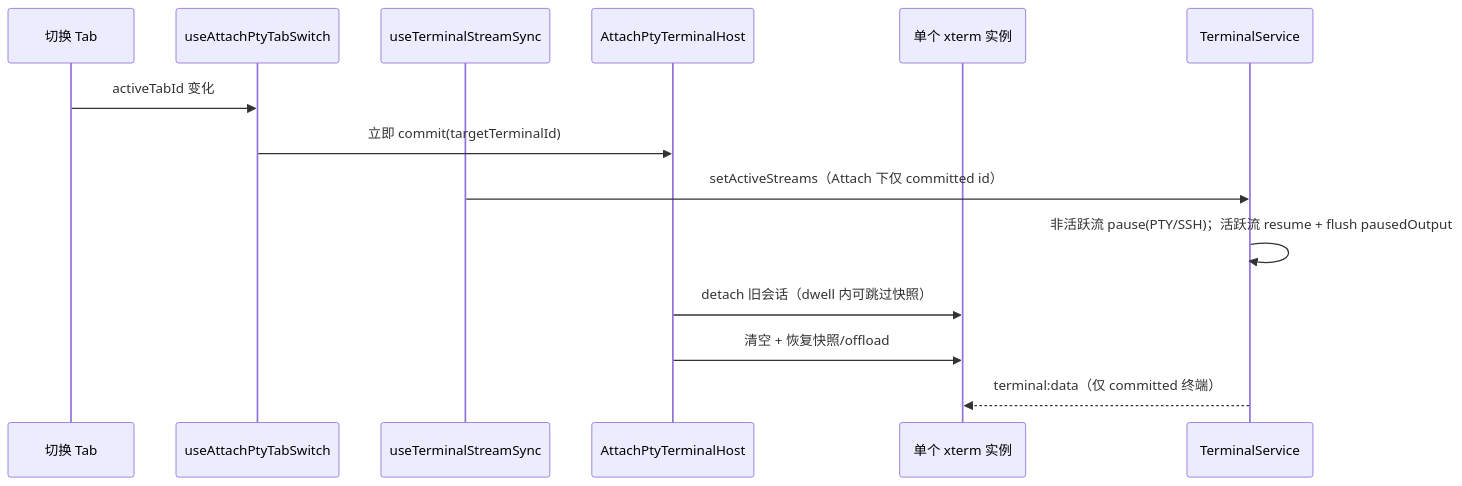
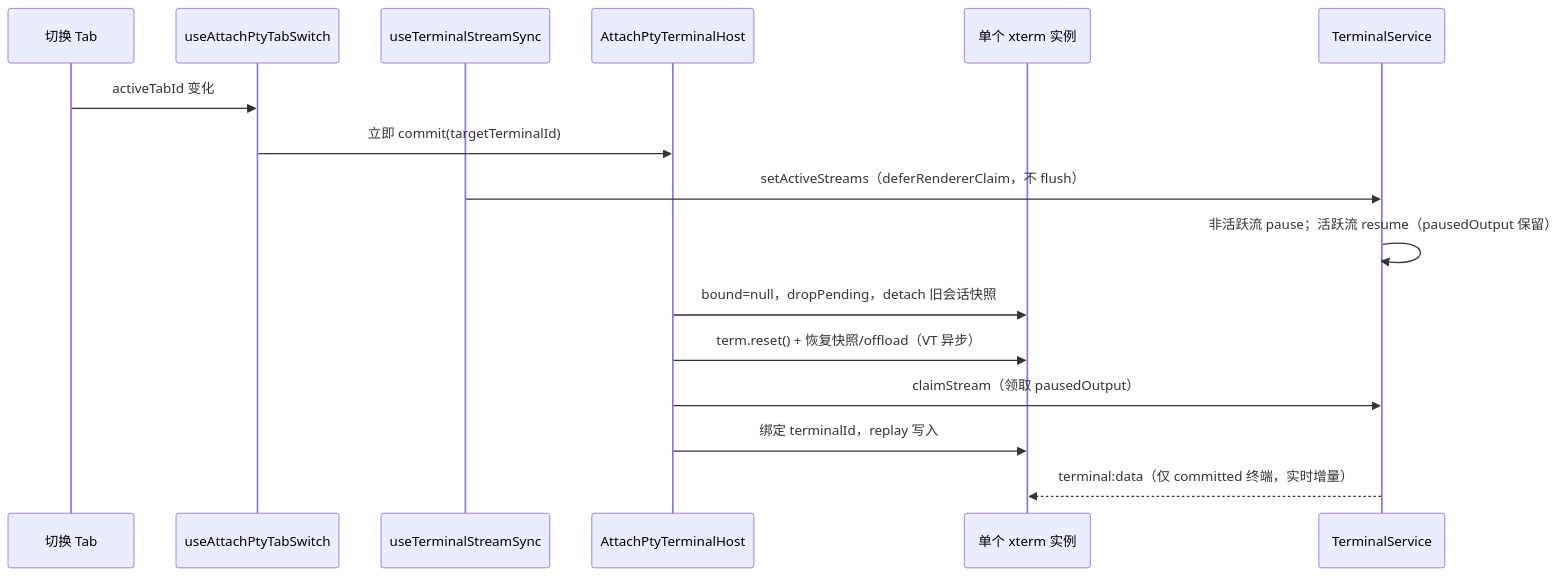
One commit to Landers1037/NioZy changed the second of 4 diagrams in docs/功能实验特性.md. Above: the diagram before and after it, drawn with Mermaid. The commit also changed other lines of this file and 9 other files, not shown here.

First line of the commit message:
fix(terminal): 修复 Attach-PTY 切换时 scrollback 文本叠字污染

````diff
--- a/docs/功能实验特性.md
+++ b/docs/功能实验特性.md
@@ -45,17 +45,19 @@
 ```mermaid
 sequenceDiagram
   participant User as 切换 Tab
   participant Hook as useAttachPtyTabSwitch
   participant Stream as useTerminalStreamSync
   participant Host as AttachPtyTerminalHost
   participant X as 单个 xterm 实例
   participant TS as TerminalService
 
   User->>Hook: activeTabId 变化
   Hook->>Host: 立即 commit(targetTerminalId)
-  Stream->>TS: setActiveStreams（Attach 下仅 committed id）
-  TS->>TS: 非活跃流 pause(PTY/SSH)；活跃流 resume + flush pausedOutput
-  Host->>X: detach 旧会话（dwell 内可跳过快照）
-  Host->>X: 清空 + 恢复快照/offload
-  TS-->>X: terminal:data（仅 committed 终端）
+  Stream->>TS: setActiveStreams（deferRendererClaim，不 flush）
+  TS->>TS: 非活跃流 pause；活跃流 resume（pausedOutput 保留）
+  Host->>X: bound=null，dropPending，detach 旧会话快照
+  Host->>X: term.reset() + 恢复快照/offload（VT 异步）
+  Host->>TS: claimStream（领取 pausedOutput）
+  Host->>X: 绑定 terminalId，replay 写入
+  TS-->>X: terminal:data（仅 committed 终端，实时增量）
 ```
````
